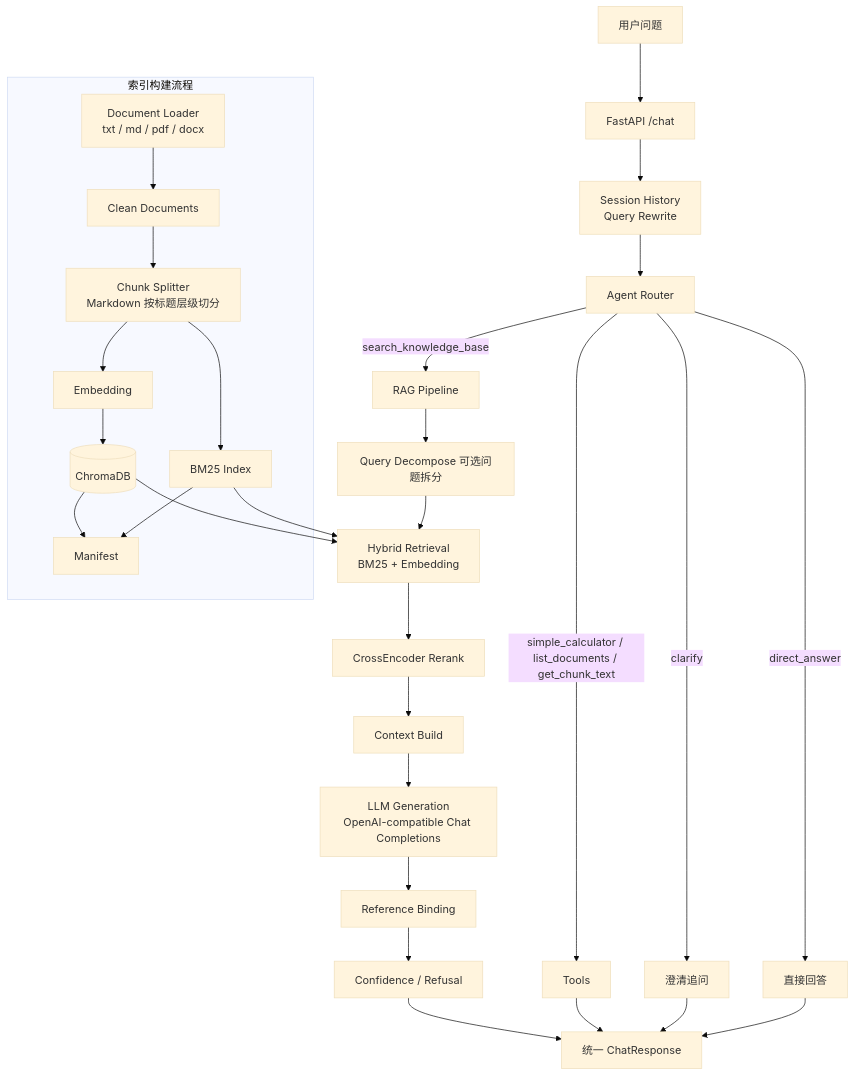
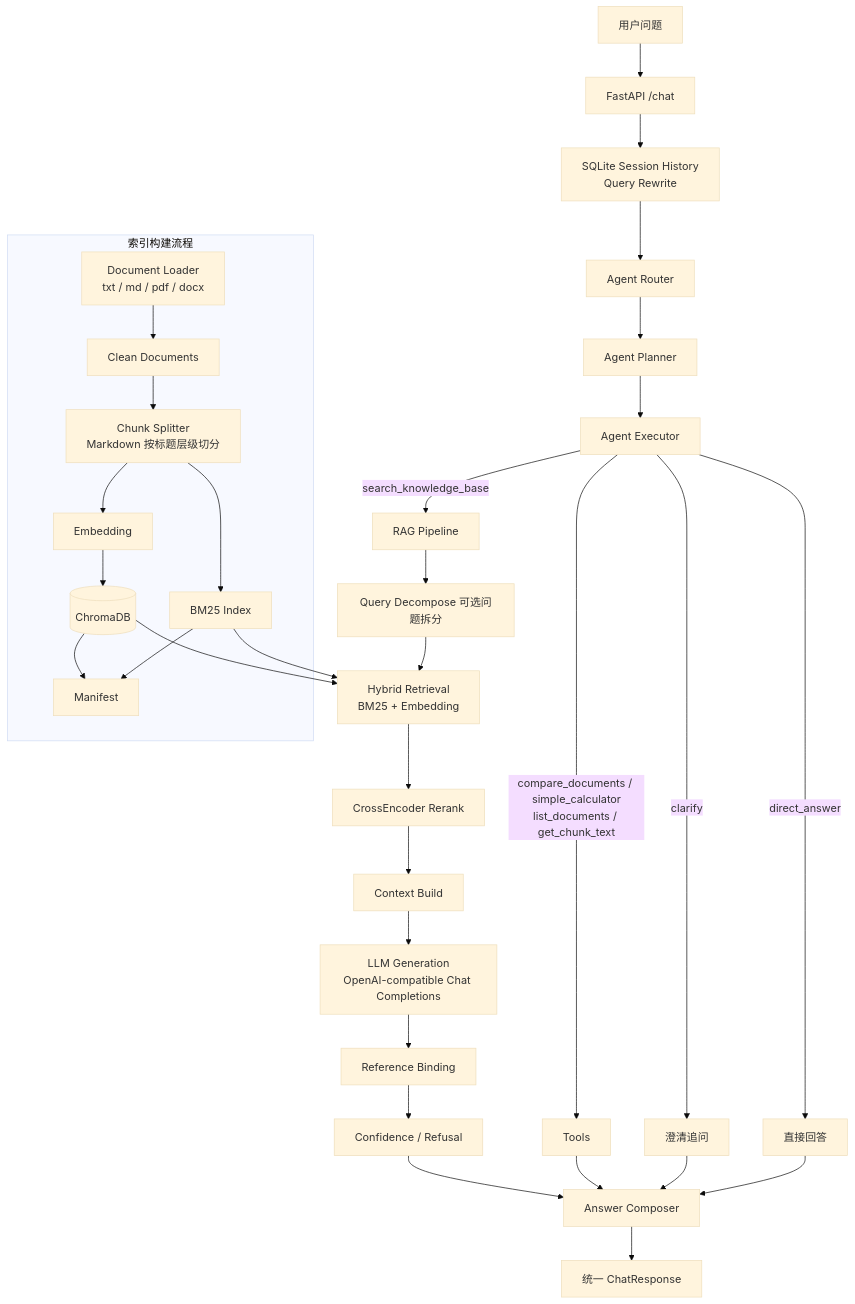
The diagram in README.md (LiBoEN123/rag-agent-qa-system), drawn with Mermaid (base theme) before and after one commit. The commit also changed other lines of this file, not shown here.

````diff
--- a/README.md
+++ b/README.md
@@ -23,35 +24,38 @@
 ```mermaid
 flowchart TD
     U[用户问题] --> API[FastAPI /chat]
-    API --> QR[Session History<br/>Query Rewrite]
+    API --> QR[SQLite Session History<br/>Query Rewrite]
     QR --> Router[Agent Router]
-    Router -->|search_knowledge_base| RAG[RAG Pipeline]
-    Router -->|simple_calculator / list_documents / get_chunk_text| Tools[Tools]
-    Router -->|clarify| Clarify[澄清追问]
-    Router -->|direct_answer| Direct[直接回答]
+    Router --> Planner[Agent Planner]
+    Planner --> Executor[Agent Executor]
+    Executor -->|search_knowledge_base| RAG[RAG Pipeline]
+    Executor -->|compare_documents / simple_calculator<br/>list_documents / get_chunk_text| Tools[Tools]
+    Executor -->|clarify| Clarify[澄清追问]
+    Executor -->|direct_answer| Direct[直接回答]
 
     RAG --> QD[Query Decompose 可选问题拆分]
     QD --> HR[Hybrid Retrieval<br/>BM25 + Embedding]
     HR --> RR[CrossEncoder Rerank]
     RR --> CB[Context Build]
     CB --> LLM[LLM Generation<br/>OpenAI-compatible Chat Completions]
     LLM --> RB[Reference Binding]
     RB --> Guard[Confidence / Refusal]
-    Guard --> Resp[统一 ChatResponse]
+    Guard --> Composer[Answer Composer]
 
     subgraph Indexing[索引构建流程]
         DL[Document Loader<br/>txt / md / pdf / docx] --> CL[Clean Documents]
         CL --> CS[Chunk Splitter<br/>Markdown 按标题层级切分]
         CS --> EMB[Embedding]
         EMB --> Chroma[(ChromaDB)]
         CS --> BM25[BM25 Index]
         Chroma --> Manifest[Manifest]
         BM25 --> Manifest
     end
 
     Chroma --> HR
     BM25 --> HR
-    Tools --> Resp
-    Clarify --> Resp
-    Direct --> Resp
+    Tools --> Composer
+    Clarify --> Composer
+    Direct --> Composer
+    Composer --> Resp[统一 ChatResponse]
 ```
````
